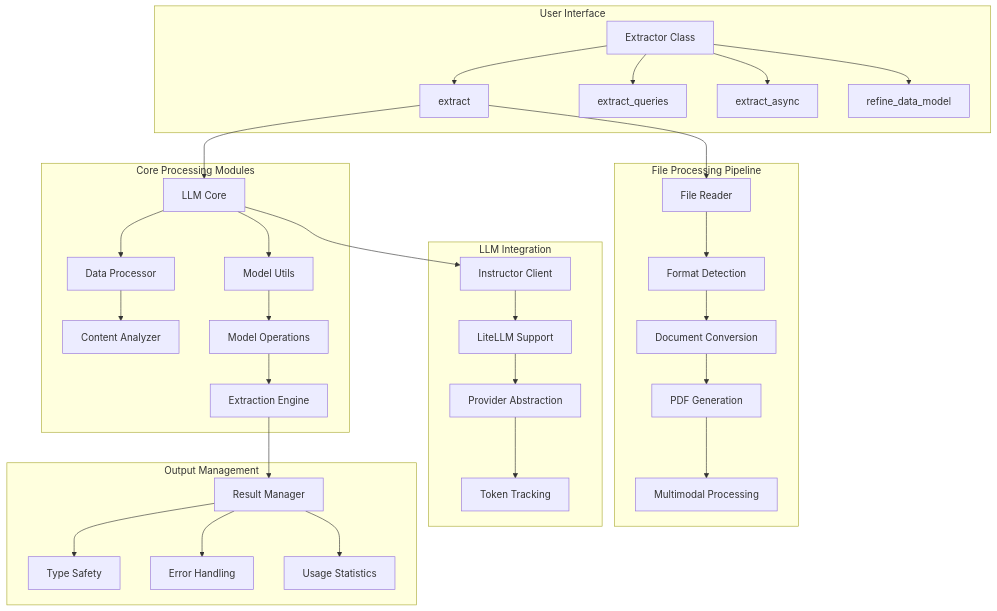
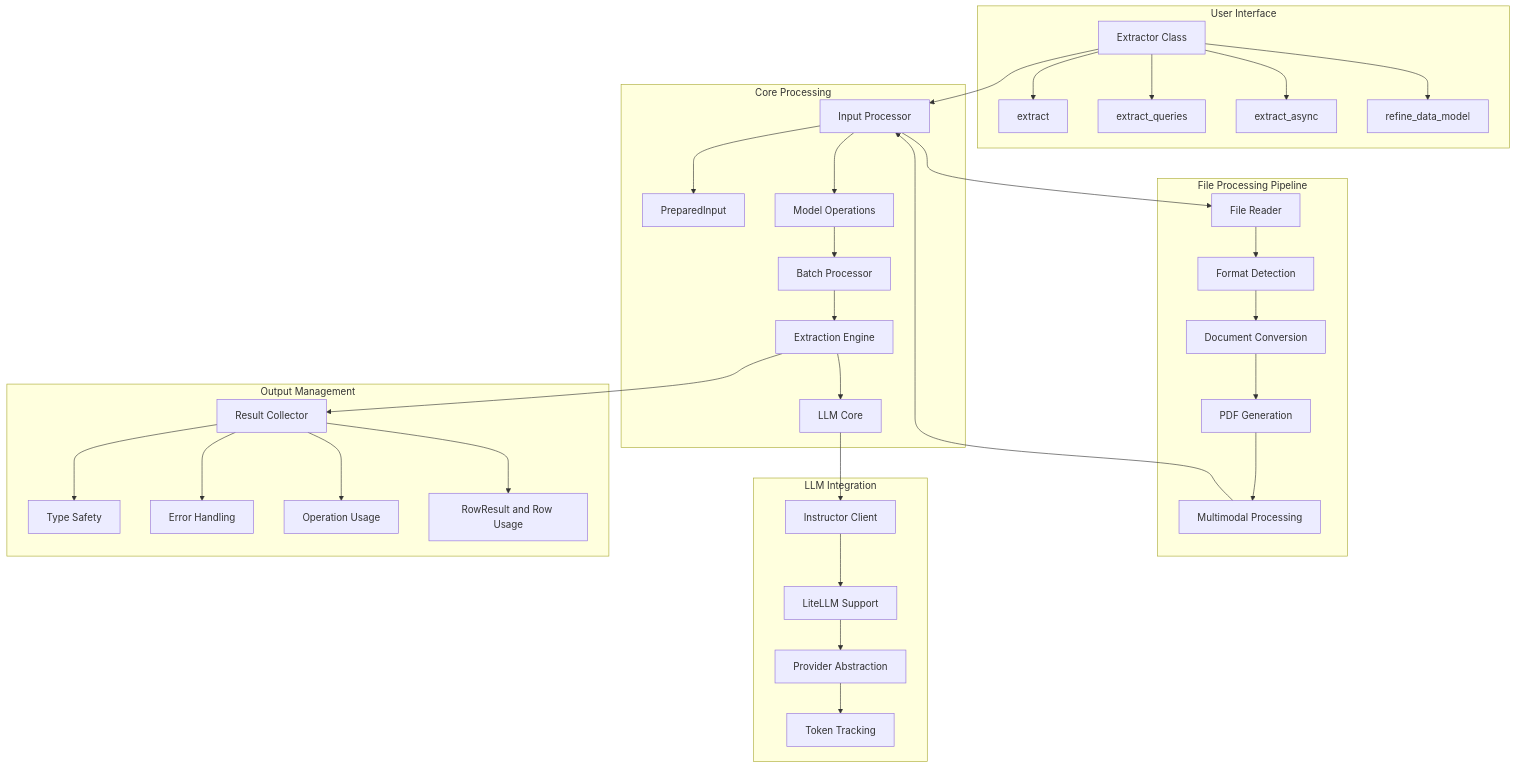
Before and after one commit to Blacksuan19/structx: the diagram in docs/api/extractor.md, drawn with Mermaid. The commit also changed other lines of this file and 9 other files, not shown here.

````diff
--- a/docs/api/extractor.md
+++ b/docs/api/extractor.md
@@ -26,68 +46,71 @@
 ```mermaid
 graph TB
     subgraph "User Interface"
         A[Extractor Class]
         A1[extract] 
         A2[extract_queries]
         A3[extract_async]
         A4[refine_data_model]
     end
     
-    subgraph "Core Processing Modules"
+    subgraph "Core Processing"
         B[LLM Core]
-        C[Model Utils]
-        D[Data Processor]
-        D1[Content Analyzer]
-        E[Model Operations]
+        C[Input Processor]
+        C1[PreparedInput]
+        D[Model Operations]
+        E[Batch Processor]
         F[Extraction Engine]
     end
     
     subgraph "File Processing Pipeline"
         G[File Reader]
         H[Format Detection]
         I[Document Conversion]
         J[PDF Generation]
         K[Multimodal Processing]
     end
     
     subgraph "LLM Integration"
         L[Instructor Client]
         M[LiteLLM Support]
         N[Provider Abstraction]
         O[Token Tracking]
     end
     
     subgraph "Output Management"
-        P[Result Manager]
+        P[Result Collector]
         Q[Type Safety]
         R[Error Handling]
-        S[Usage Statistics]
+        S[Operation Usage]
+        T[RowResult and Row Usage]
     end
     
     A --> A1
     A --> A2
     A --> A3
     A --> A4
     
-    A1 --> B
-    A1 --> G
     B --> L
     G --> H
     H --> I
     I --> J
     J --> K
+    K --> C
     
-    B --> C
-    B --> D
-    D --> D1
-    C --> E
+    A --> C
+    C --> C1
+    C --> D
+    C --> G
+    D --> E
     E --> F
+    F --> B
     F --> P
     
     L --> M
     M --> N
     N --> O
     P --> Q
     P --> R
     P --> S
+    P --> T
 ```
````
